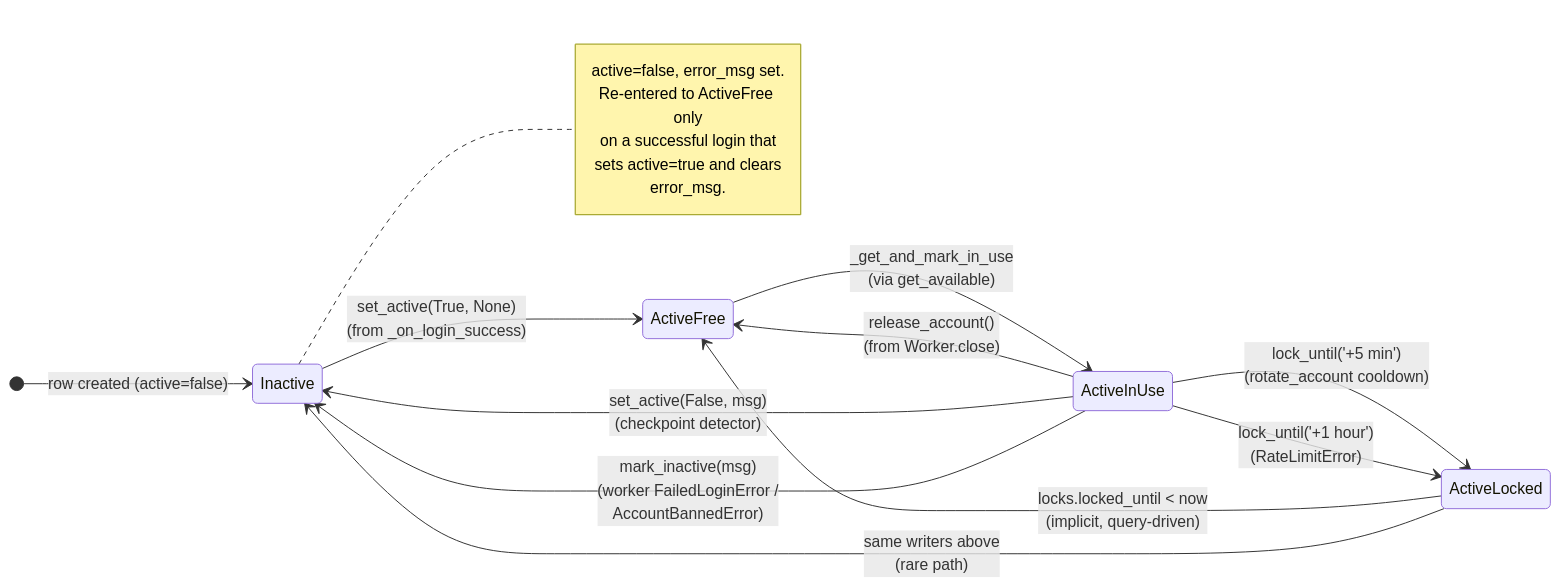
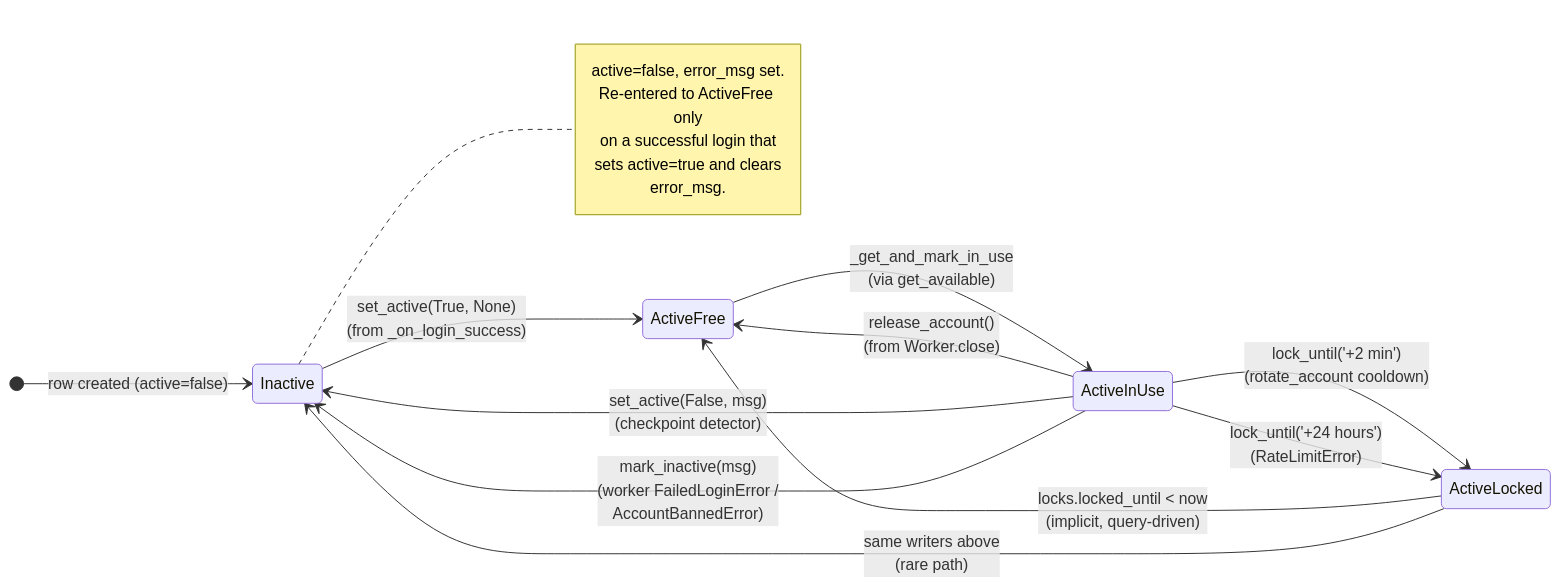
One commit to MEOMcGill/fbscrape changed the first of 2 diagrams in docs/architecture/account_management.md. Above: the diagram before and after it, drawn with Mermaid. The commit also changed other lines of this file and 8 other files, not shown here.

````diff
--- a/docs/architecture/account_management.md
+++ b/docs/architecture/account_management.md
@@ -16,27 +16,27 @@
 ```mermaid
 stateDiagram-v2
     direction LR
     [*] --> Inactive: row created (active=false)
 
     Inactive --> ActiveFree: set_active(True, None)<br/>(from _on_login_success)
 
     ActiveFree --> ActiveInUse: _get_and_mark_in_use<br/>(via get_available)
     ActiveInUse --> ActiveFree: release_account()<br/>(from Worker.close)
 
-    ActiveInUse --> ActiveLocked: lock_until('+5 min')<br/>(rotate_account cooldown)
-    ActiveInUse --> ActiveLocked: lock_until('+1 hour')<br/>(RateLimitError)
+    ActiveInUse --> ActiveLocked: lock_until('+2 min')<br/>(rotate_account cooldown)
+    ActiveInUse --> ActiveLocked: lock_until('+24 hours')<br/>(RateLimitError)
 
     ActiveLocked --> ActiveFree: locks.locked_until < now<br/>(implicit, query-driven)
 
     ActiveInUse --> Inactive: set_active(False, msg)<br/>(checkpoint detector)
     ActiveInUse --> Inactive: mark_inactive(msg)<br/>(worker FailedLoginError /<br/>AccountBannedError)
     ActiveLocked --> Inactive: same writers above<br/>(rare path)
 
     note right of Inactive
         active=false, error_msg set.
         Re-entered to ActiveFree only
         on a successful login that
         sets active=true and clears
         error_msg.
     end note
 ```
````
